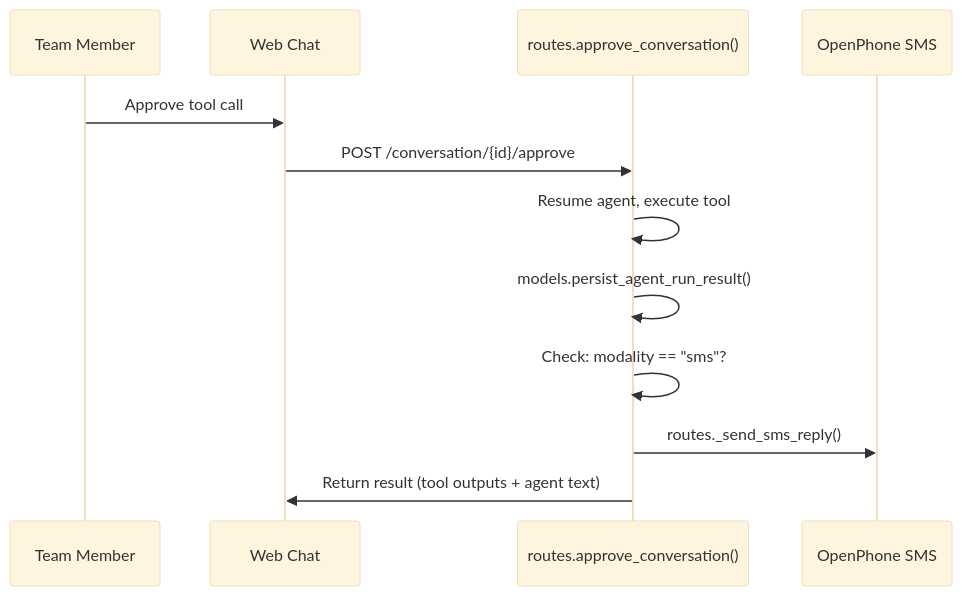
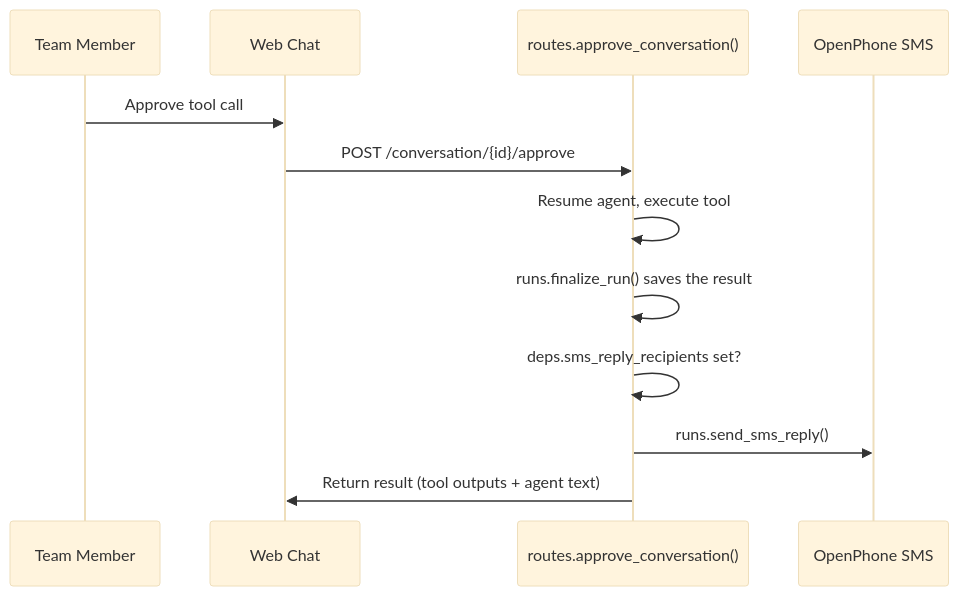
Before and after one commit to EmilioEsposito/portfolio: the third of 4 diagrams in api/src/sernia_ai/triggers/README.md, drawn with Mermaid (base theme). The commit also changed other lines of this file and 12 other files, not shown here.

First line of the commit message:
Route every Sernia agent run through one pipeline

````diff
--- a/api/src/sernia_ai/triggers/README.md
+++ b/api/src/sernia_ai/triggers/README.md
@@ -98,15 +98,15 @@
 ```mermaid
 sequenceDiagram
     participant User as Team Member
     participant Web as Web Chat
     participant API as routes.approve_conversation()
     participant SMS as OpenPhone SMS
 
     User->>Web: Approve tool call
     Web->>API: POST /conversation/{id}/approve
     API->>API: Resume agent, execute tool
-    API->>API: models.persist_agent_run_result()
-    API->>API: Check: modality == "sms"?
-    API->>SMS: routes._send_sms_reply()
+    API->>API: runs.finalize_run() saves the result
+    API->>API: deps.sms_reply_recipients set?
+    API->>SMS: runs.send_sms_reply()
     API->>Web: Return result (tool outputs + agent text)
 ```
````
